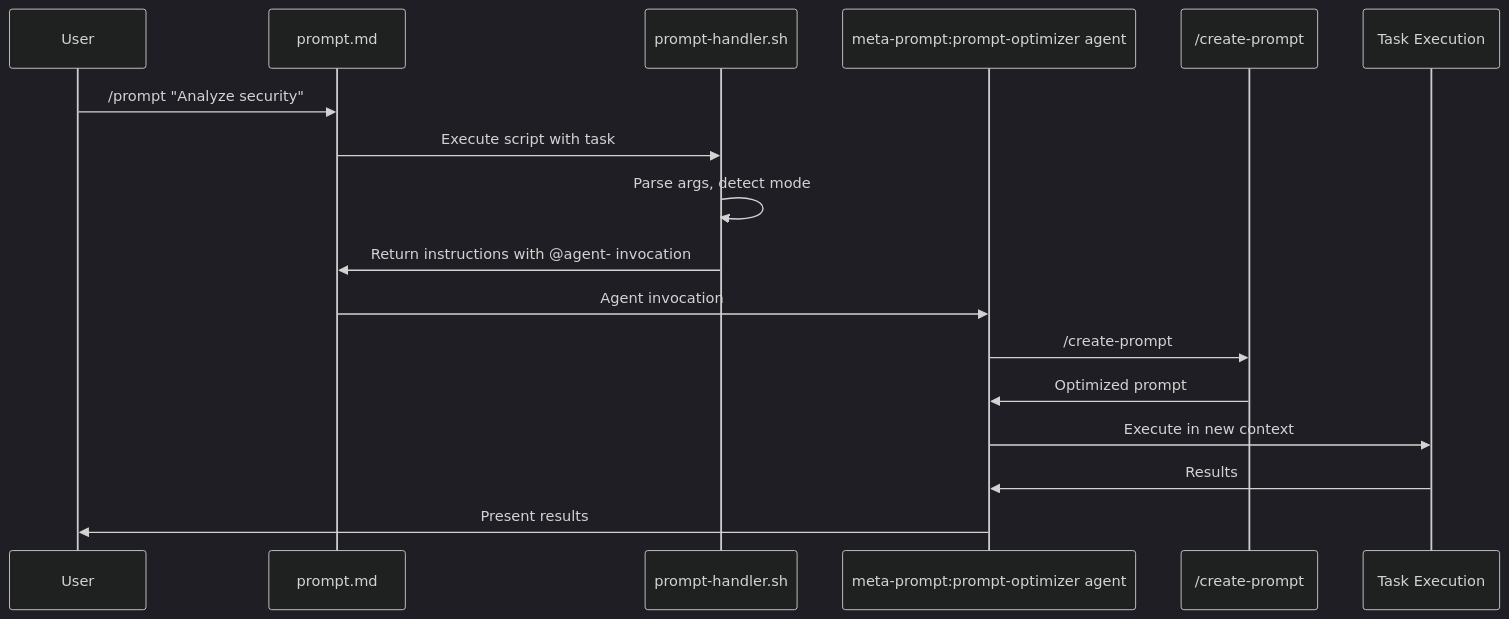
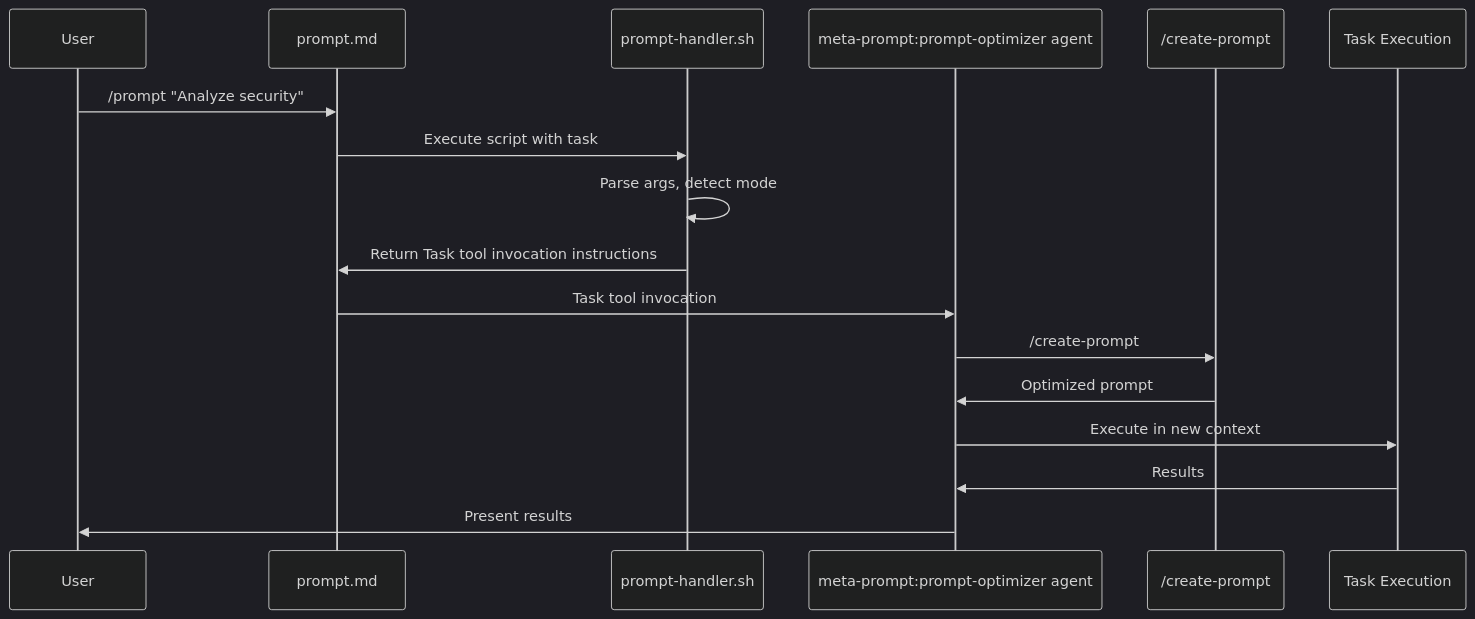
One commit to jtsylve/claude-experiments changed the second of 5 diagrams in meta-prompt/docs/architecture-overview.md. Above: the diagram before and after it, drawn with Mermaid (dark theme). The commit also changed other lines of this file and 10 other files, not shown here.

````diff
--- a/meta-prompt/docs/architecture-overview.md
+++ b/meta-prompt/docs/architecture-overview.md
@@ -276,20 +276,20 @@
 ```mermaid
 sequenceDiagram
     participant User
     participant PromptMD as prompt.md
     participant Handler as prompt-handler.sh
     participant Optimizer as meta-prompt:prompt-optimizer agent
     participant CreatePrompt as /create-prompt
     participant Task as Task Execution
 
     User->>PromptMD: /prompt "Analyze security"
     PromptMD->>Handler: Execute script with task
     Handler->>Handler: Parse args, detect mode
-    Handler->>PromptMD: Return instructions with @agent- invocation
-    PromptMD->>Optimizer: Agent invocation
+    Handler->>PromptMD: Return Task tool invocation instructions
+    PromptMD->>Optimizer: Task tool invocation
     Optimizer->>CreatePrompt: /create-prompt
     CreatePrompt->>Optimizer: Optimized prompt
     Optimizer->>Task: Execute in new context
     Task->>Optimizer: Results
     Optimizer->>User: Present results
 ```
````
